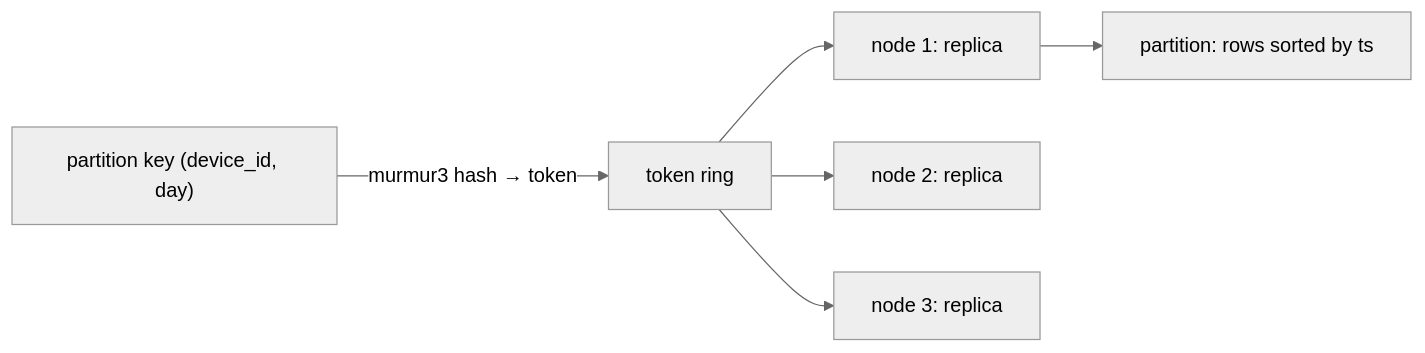
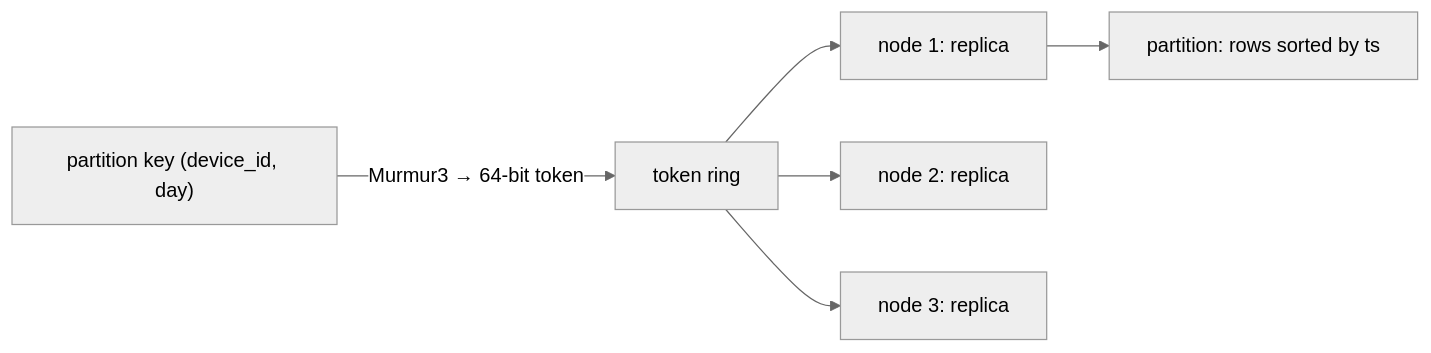
Before and after one commit to thull32/ascend: the diagram in content/tracks/07-databases/03-nosql-and-specialised/03-wide-column-stores.md, drawn with Mermaid (neutral theme). The commit also changed other lines of this file and 23 other files, not shown here.

````diff
--- a/content/tracks/07-databases/03-nosql-and-specialised/03-wide-column-stores.md
+++ b/content/tracks/07-databases/03-nosql-and-specialised/03-wide-column-stores.md
@@ -42,8 +32,8 @@
 ```mermaid
 flowchart LR
-  K["partition key (device_id, day)"] -->|"murmur3 hash → token"| R["token ring"]
+  K["partition key (device_id, day)"] -->|"Murmur3 → 64-bit token"| R["token ring"]
   R --> N1["node 1: replica"]
   R --> N2["node 2: replica"]
   R --> N3["node 3: replica"]
   N1 --> P["partition: rows sorted by ts"]
 ```
````
